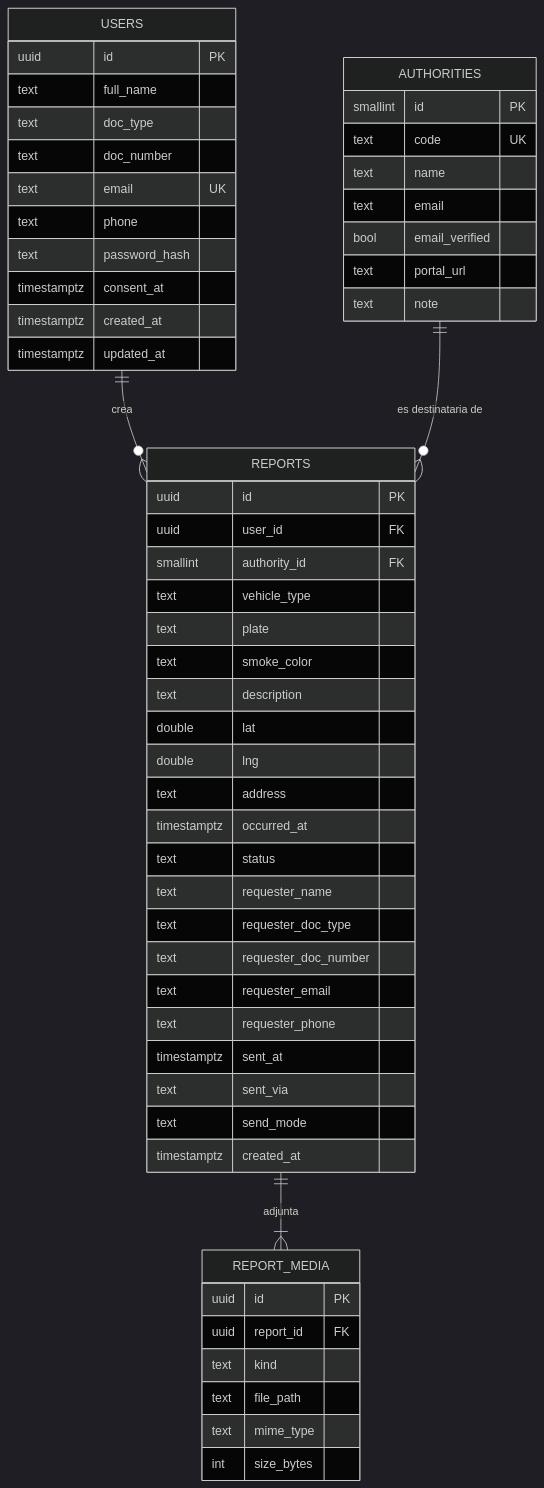
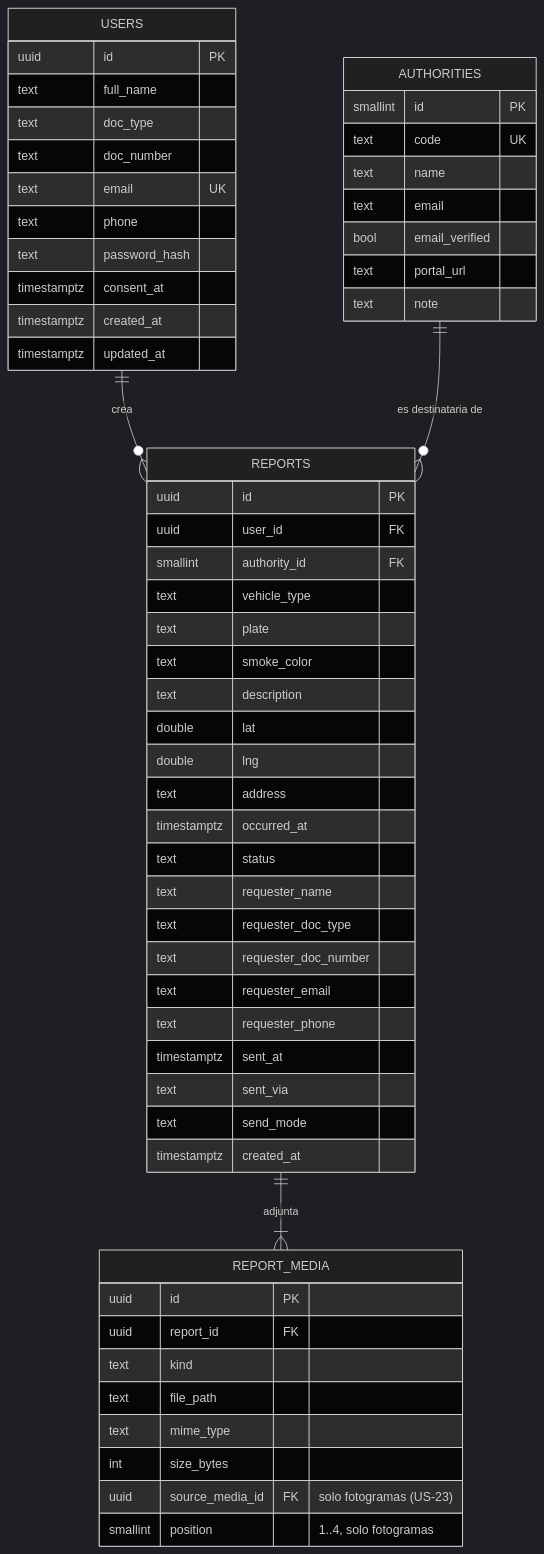
One commit to Matute-col/AireClaro changed the diagram in docs/05-modelo-de-datos-y-api.md. Above: the diagram before and after it, drawn with Mermaid (dark theme). The commit also changed other lines of this file and 30 other files, not shown here.

````diff
--- a/docs/05-modelo-de-datos-y-api.md
+++ b/docs/05-modelo-de-datos-y-api.md
@@ -5,58 +5,60 @@
 ```mermaid
 erDiagram
   USERS ||--o{ REPORTS : crea
   AUTHORITIES ||--o{ REPORTS : "es destinataria de"
   REPORTS ||--|{ REPORT_MEDIA : adjunta
   USERS {
     uuid id PK
     text full_name
     text doc_type
     text doc_number
     text email UK
     text phone
     text password_hash
     timestamptz consent_at
     timestamptz created_at
     timestamptz updated_at
   }
   AUTHORITIES {
     smallint id PK
     text code UK
     text name
     text email
     bool email_verified
     text portal_url
     text note
   }
   REPORTS {
     uuid id PK
     uuid user_id FK
     smallint authority_id FK
     text vehicle_type
     text plate
     text smoke_color
     text description
     double lat
     double lng
     text address
     timestamptz occurred_at
     text status
     text requester_name
     text requester_doc_type
     text requester_doc_number
     text requester_email
     text requester_phone
     timestamptz sent_at
     text sent_via
     text send_mode
     timestamptz created_at
   }
   REPORT_MEDIA {
     uuid id PK
     uuid report_id FK
     text kind
     text file_path
     text mime_type
     int size_bytes
+    uuid source_media_id FK "solo fotogramas (US-23)"
+    smallint position "1..4, solo fotogramas"
   }
 ```
````
